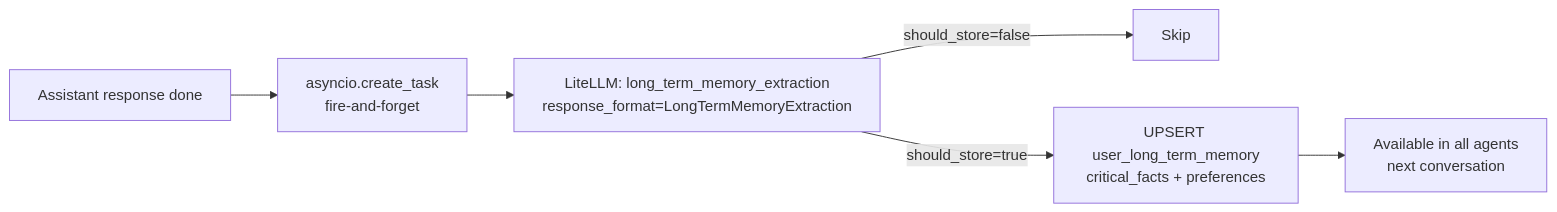
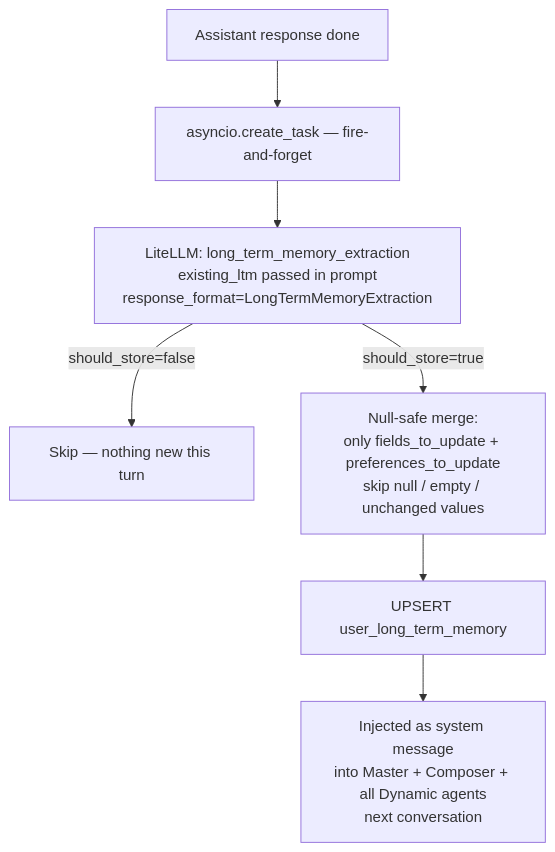
One commit to vinu0404/Cortex changed diagram 14 of 15 in README.md. Above: the diagram before and after it, drawn with Mermaid. The commit also changed other lines of this file and 18 other files, not shown here.

````diff
--- a/README.md
+++ b/README.md
@@ -576,8 +695,9 @@
 ```mermaid
-flowchart LR
-    Response["Assistant response done"] --> Task["asyncio.create_task\nfire-and-forget"]
-    Task --> LLM2["LiteLLM: long_term_memory_extraction\nresponse_format=LongTermMemoryExtraction"]
-    LLM2 -->|should_store=false| NoOp["Skip"]
-    LLM2 -->|should_store=true| Upsert["UPSERT user_long_term_memory\ncritical_facts + preferences"]
-    Upsert --> NextQuery["Available in all agents\nnext conversation"]
+flowchart TD
+    Response["Assistant response done"] --> Task["asyncio.create_task — fire-and-forget"]
+    Task --> LLM2["LiteLLM: long_term_memory_extraction\nexisting_ltm passed in prompt\nresponse_format=LongTermMemoryExtraction"]
+    LLM2 -->|should_store=false| NoOp["Skip — nothing new this turn"]
+    LLM2 -->|should_store=true| Merge["Null-safe merge:\nonly fields_to_update + preferences_to_update\nskip null / empty / unchanged values"]
+    Merge --> Upsert["UPSERT user_long_term_memory"]
+    Upsert --> NextQuery["Injected as system message\ninto Master + Composer + all Dynamic agents\nnext conversation"]
 ```
````
